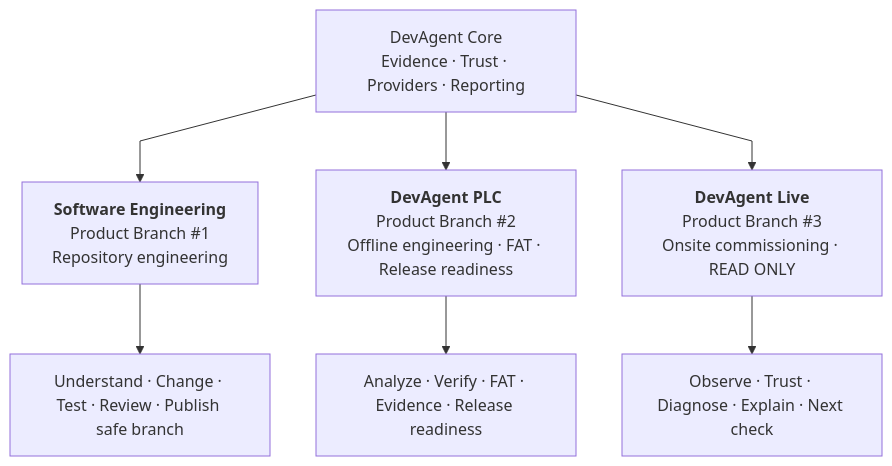
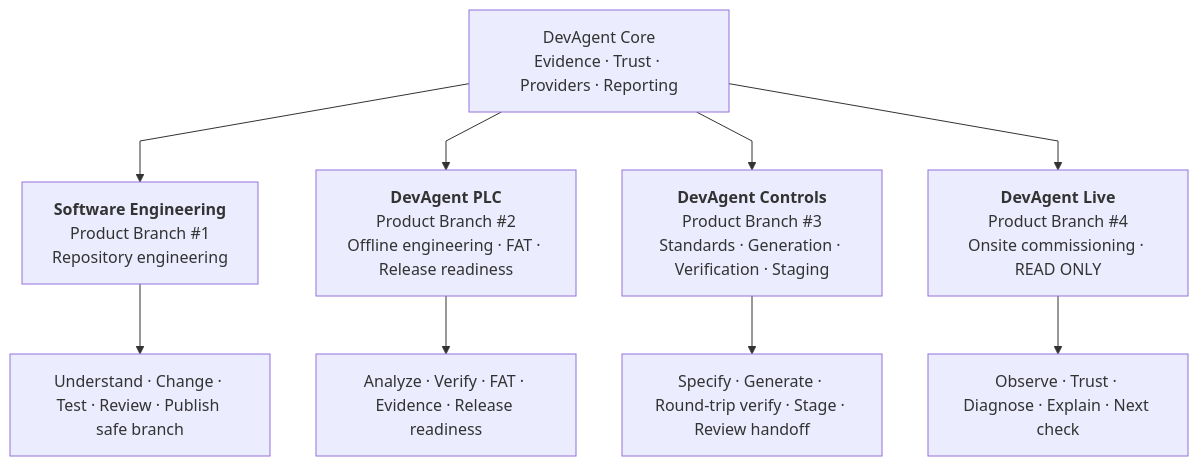
Before and after one commit to tomha85/devagent: the first of 7 diagrams in docs/general-architecture.md, drawn with Mermaid. The commit also changed other lines of this file, not shown here.

Commit message:
docs(controls): integrate Controls into general architecture

````diff
--- a/docs/general-architecture.md
+++ b/docs/general-architecture.md
@@ -9,17 +9,20 @@
 ```mermaid
 %%{init: {"flowchart": {"curve": "linear", "nodeSpacing": 46, "rankSpacing": 58}}}%%
 flowchart TB
     CORE["DevAgent Core<br/>Evidence · Trust · Providers · Reporting"]
 
     SW["<b>Software Engineering</b><br/>Product Branch #1<br/>Repository engineering"]
     PLC["<b>DevAgent PLC</b><br/>Product Branch #2<br/>Offline engineering · FAT · Release readiness"]
-    LIVE["<b>DevAgent Live</b><br/>Product Branch #3<br/>Onsite commissioning · READ ONLY"]
+    CONTROLS["<b>DevAgent Controls</b><br/>Product Branch #3<br/>Standards · Generation · Verification · Staging"]
+    LIVE["<b>DevAgent Live</b><br/>Product Branch #4<br/>Onsite commissioning · READ ONLY"]
 
     CORE --> SW
     CORE --> PLC
+    CORE --> CONTROLS
     CORE --> LIVE
 
     SW --> SWO["Understand · Change · Test · Review · Publish safe branch"]
     PLC --> PLCO["Analyze · Verify · FAT · Evidence · Release readiness"]
+    CONTROLS --> CTRLO["Specify · Generate · Round-trip verify · Stage · Review handoff"]
     LIVE --> LIVEO["Observe · Trust · Diagnose · Explain · Next check"]
 ```
````
